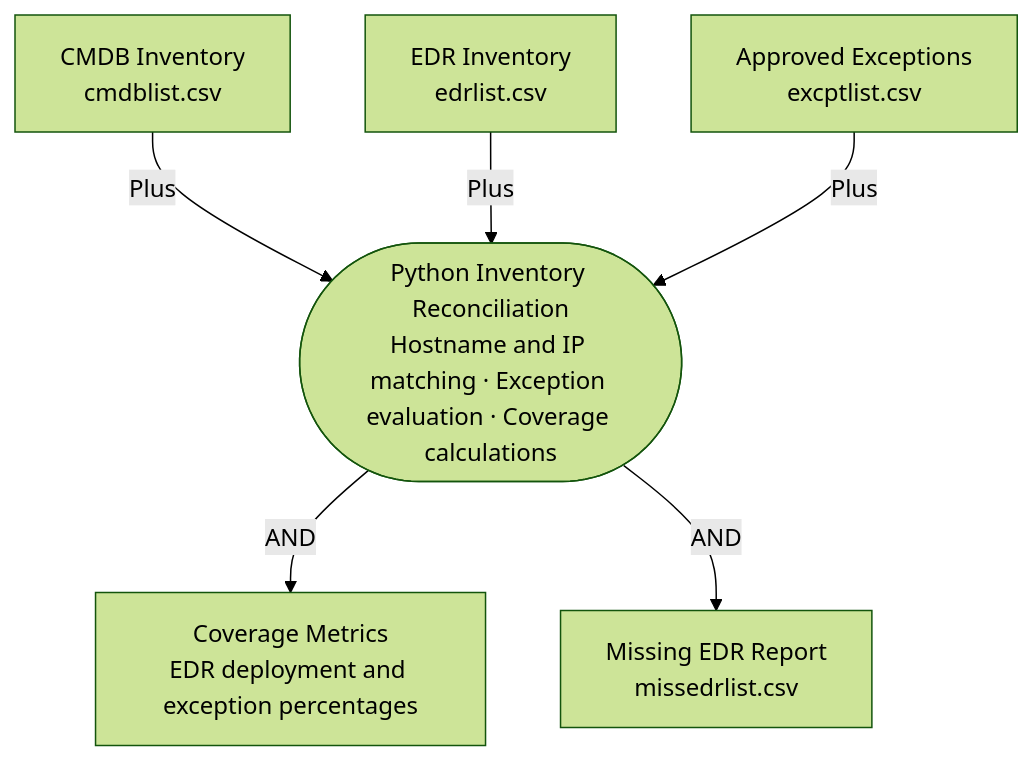
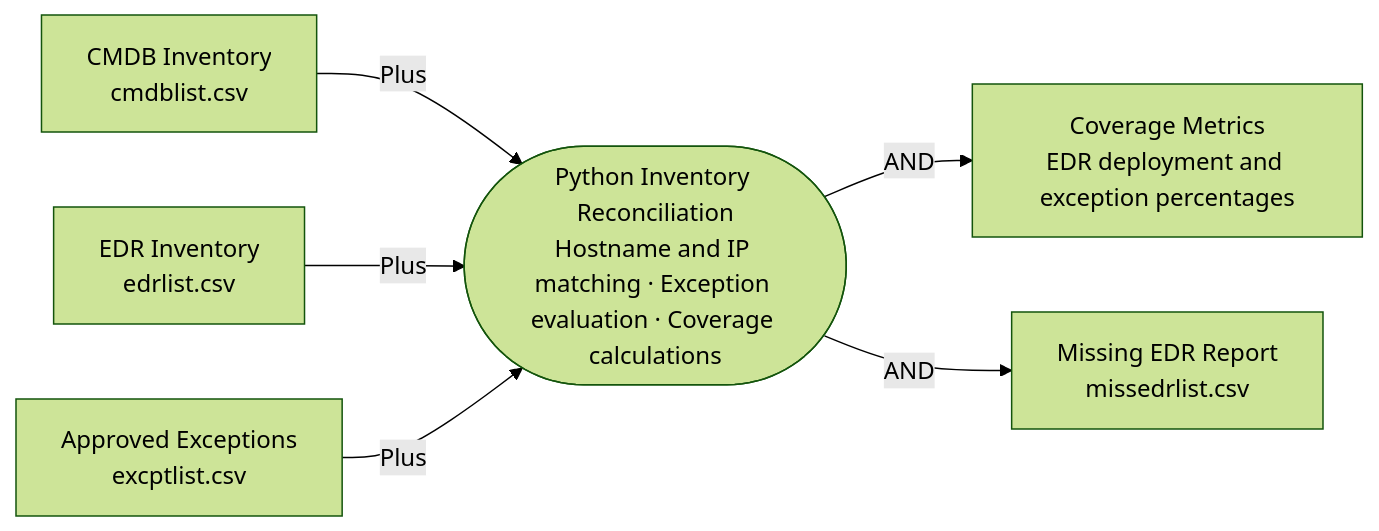
One commit to Duriq-Coles-CyberSecurity/EDR-compliance-checker changed the diagram in README.md. Above: the diagram before and after it, drawn with Mermaid (forest theme).

````diff
--- a/README.md
+++ b/README.md
@@ -38,14 +38,14 @@
 ```mermaid
-flowchart TD
+flowchart LR
     %% Inputs grouped with plus signs
     A[CMDB Inventory<br>cmdblist.csv] -->|Plus| D
     B[EDR Inventory<br>edrlist.csv] -->|Plus| D
     C[Approved Exceptions<br>excptlist.csv] -->|Plus| D
 
     %% Processing
     D([Python Inventory Reconciliation<br>Hostname and IP matching · Exception evaluation · Coverage calculations])
 
     %% Outputs grouped with AND
     D -->|AND| E[Coverage Metrics<br>EDR deployment and exception percentages]
     D -->|AND| F[Missing EDR Report<br>missedrlist.csv]
 ```
````
